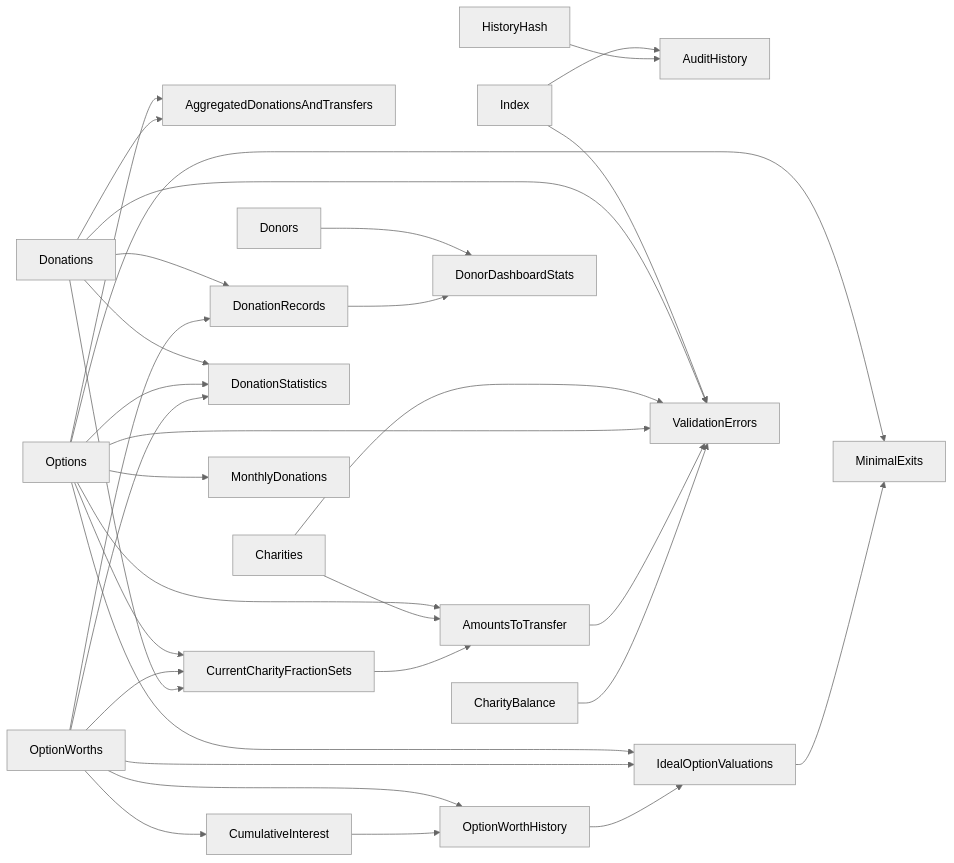
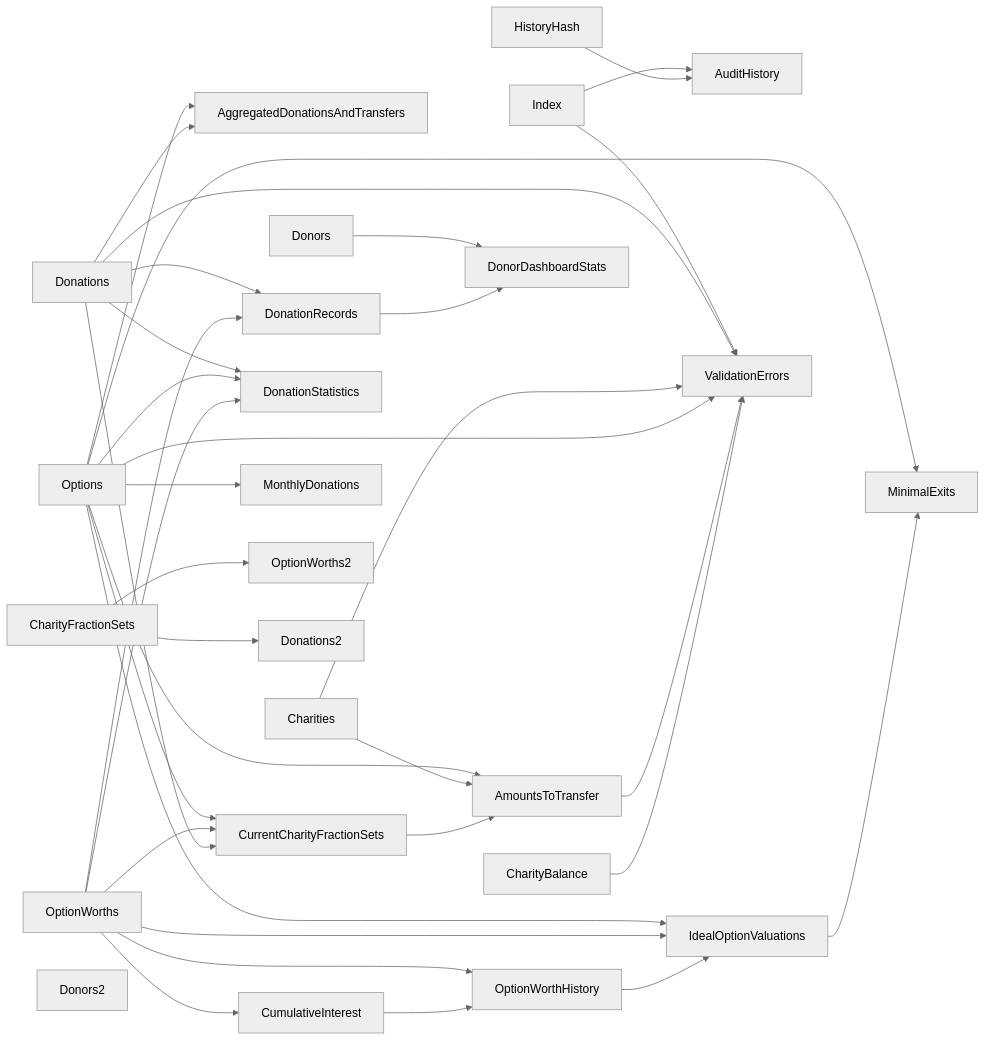
One commit to joost-morsink/FF-admin-module changed the second of 2 diagrams in wiki/calculator.md. Above: the diagram before and after it, drawn with Mermaid (neutral theme). The commit also changed 5 other files, not shown here.

Commit message:
CharityFractionSets [GIVE4GOOD-840]

````diff
--- a/wiki/calculator.md
+++ b/wiki/calculator.md
@@ -88,46 +88,50 @@
 ```mermaid
 graph LR
     Options --> AggregatedDonationsAndTransfers
     Donations --> AggregatedDonationsAndTransfers
     Options --> AmountsToTransfer
     Charities --> AmountsToTransfer
     CurrentCharityFractionSets --> AmountsToTransfer
     Index --> AuditHistory
     HistoryHash --> AuditHistory
     CharityBalance
     OptionWorths --> CumulativeInterest
     Options --> CurrentCharityFractionSets
     OptionWorths --> CurrentCharityFractionSets
     Donations --> CurrentCharityFractionSets
     Donations --> DonationRecords
     OptionWorths --> DonationRecords
     Donations --> DonationStatistics
     Options --> DonationStatistics
     OptionWorths --> DonationStatistics
     Donors --> DonorDashboardStats
     DonationRecords --> DonorDashboardStats
     Options --> IdealOptionValuations
     OptionWorths --> IdealOptionValuations
     Options --> MinimalExits
     IdealOptionValuations --> MinimalExits
     OptionWorths --> OptionWorthHistory
     CumulativeInterest --> OptionWorthHistory
     OptionWorthHistory --> IdealOptionValuations
     Index --> ValidationErrors
     Donations --> ValidationErrors
     Charities --> ValidationErrors
     Options --> ValidationErrors
     AmountsToTransfer --> ValidationErrors
     CharityBalance --> ValidationErrors
     Options --> MonthlyDonations
 
+    CharityFractionSets --> OptionWorths2
+    CharityFractionSets --> Donations2
+    Donors2
+
     click Index "./models/index"
     click HistoryHash "./models/history_hash"
     click Options "./models/options"
     click ValidationErrors "./models/validation_errors"
     click Donations "./models/donations"
     click OptionWorths "./models/option_worths"
     click IdealOptionValuations "./models/ideal_option_valuations"
     click MinimalExits "./models/minimal_exits"
     click MonthlyDonations "./models/monthly_donations"
 ```
````
